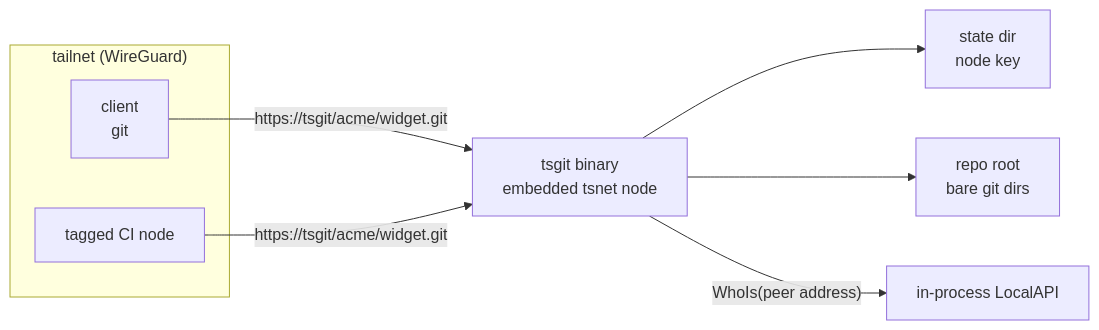
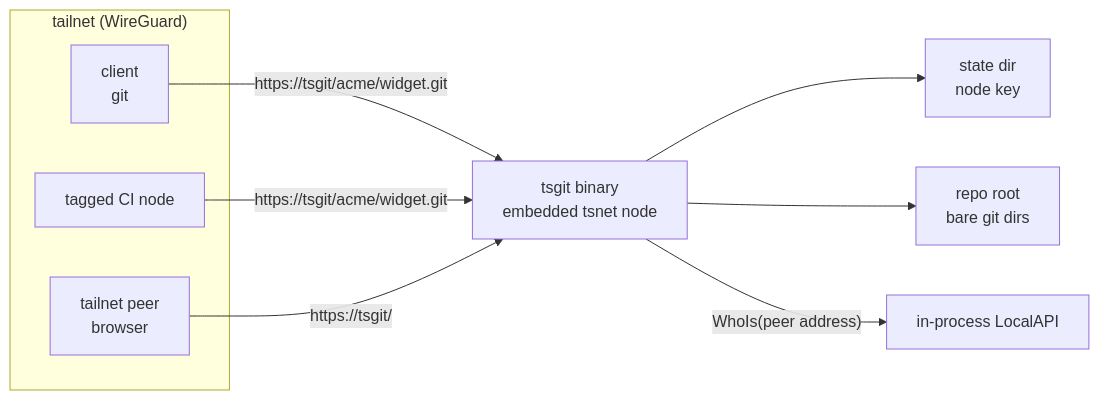
Before and after one commit to kevindurb/tsgit: the diagram in docs/architecture.md, drawn with Mermaid. The commit also changed other lines of this file and 25 other files, not shown here.

````diff
--- a/docs/architecture.md
+++ b/docs/architecture.md
@@ -13,16 +13,18 @@
 ```mermaid
 flowchart LR
     subgraph tailnet["tailnet (WireGuard)"]
         client["client<br/>git"]
         tagged["tagged CI node"]
+        browser["tailnet peer<br/>browser"]
     end
     tsgit["tsgit binary<br/>embedded tsnet node"]
     state["state dir<br/>node key"]
     repos["repo root<br/>bare git dirs"]
 
     client -- "https://tsgit/acme/widget.git" --> tsgit
     tagged -- "https://tsgit/acme/widget.git" --> tsgit
+    browser -- "https://tsgit/" --> tsgit
     tsgit --> state
     tsgit --> repos
     tsgit -- "WhoIs(peer address)" --> localapi["in-process LocalAPI"]
 ```
````
